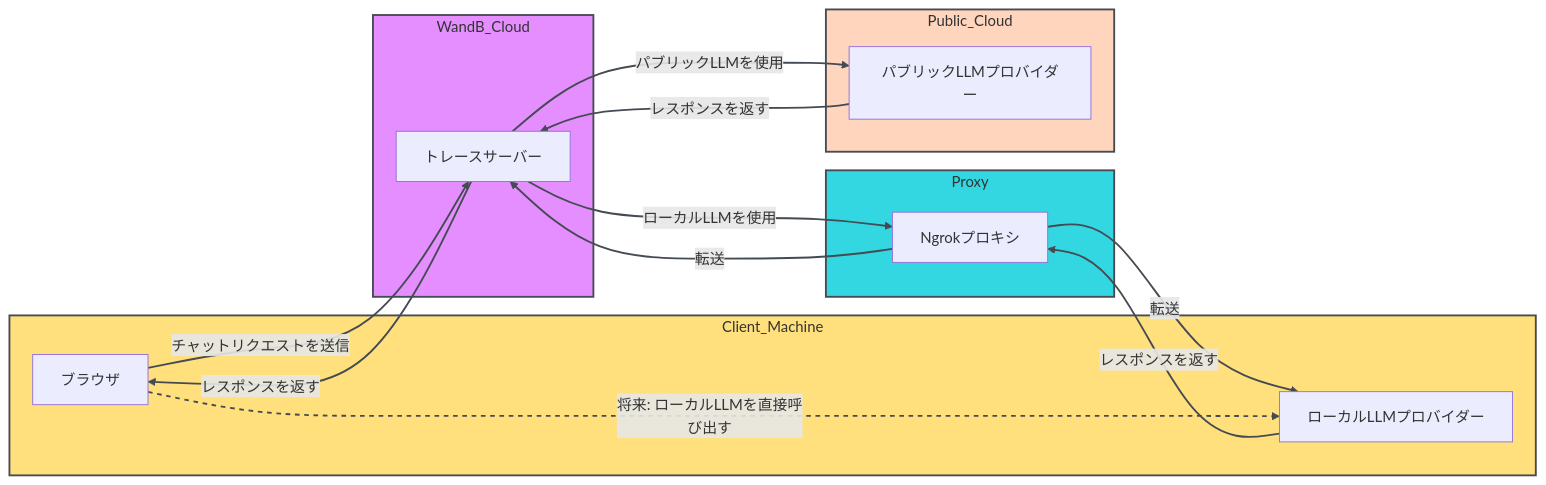
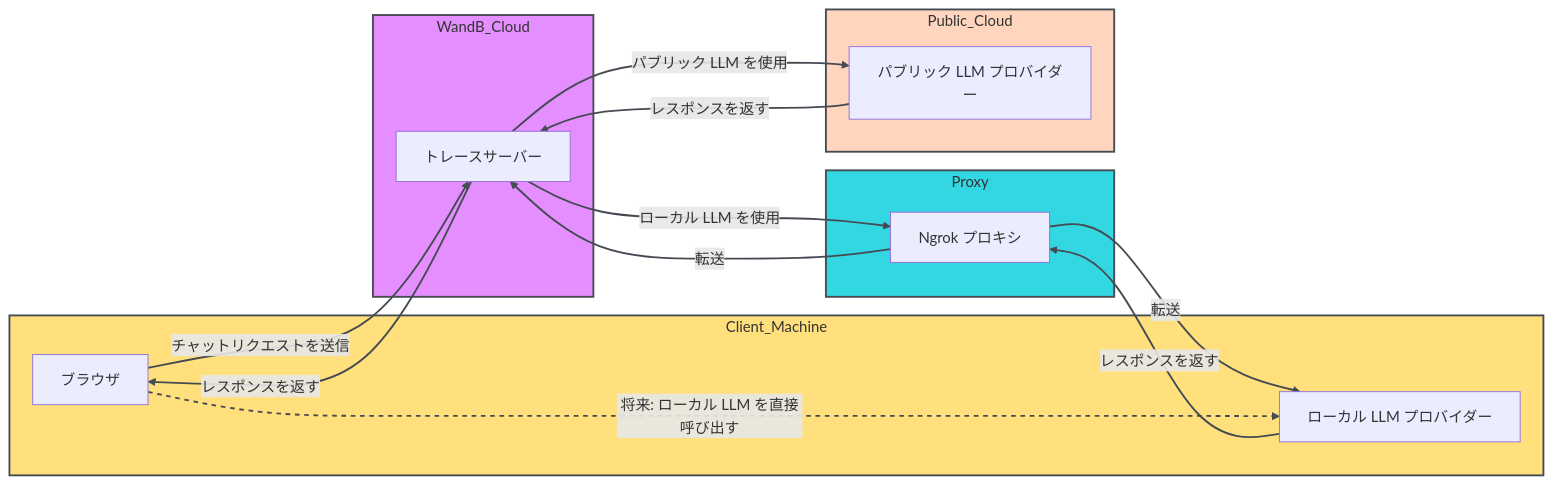
One commit to wandb/docs changed the diagram in ja/weave/guides/tools/playground.mdx. Above: the diagram before and after it, drawn with Mermaid. The commit also changed other lines of this file and 893 other files, not shown here.

````diff
--- a/ja/weave/guides/tools/playground.mdx
+++ b/ja/weave/guides/tools/playground.mdx
@@ -277,49 +277,49 @@
 ```mermaid
 flowchart LR
     %% スタイル定義
     classDef clientMachine fill:#FFD95CCC,stroke:#454B52,stroke-width:2px
     classDef proxy fill:#00CDDBCC,stroke:#454B52,stroke-width:2px
     classDef wandbCloud fill:#DE72FFCC,stroke:#454B52,stroke-width:2px
     classDef publicCloud fill:#FFCBADCC,stroke:#454B52,stroke-width:2px
 
     %% サブグラフ
     subgraph Client_Machine
         browser[ブラウザ]
-        llm_local[ローカルLLMプロバイダー]
+        llm_local[ローカル LLM プロバイダー]
     end
 
     subgraph Proxy
-        ngrok[Ngrokプロキシ]
+        ngrok[Ngrok プロキシ]
     end
 
     subgraph WandB_Cloud
         trace_server[トレースサーバー]
     end
 
     subgraph Public_Cloud
-        llm_cloud[パブリックLLMプロバイダー]
+        llm_cloud[パブリック LLM プロバイダー]
     end
 
     %% サブグラフにスタイルを適用
     class Client_Machine clientMachine
     class Proxy proxy
     class WandB_Cloud wandbCloud
     class Public_Cloud publicCloud
 
     %% 現在のデータフロー
     browser -->|チャットリクエストを送信| trace_server
-    trace_server -->|パブリックLLMを使用| llm_cloud
-    trace_server -->|ローカルLLMを使用| ngrok
+    trace_server -->|パブリック LLM を使用| llm_cloud
+    trace_server -->|ローカル LLM を使用| ngrok
     ngrok -->|転送| llm_local
     llm_cloud -->|レスポンスを返す| trace_server
     llm_local -->|レスポンスを返す| ngrok
     ngrok -->|転送| trace_server
     trace_server -->|レスポンスを返す| browser
 
-    %% 将来的に可能な接続
-    browser -.->|将来: ローカルLLMを直接呼び出す| llm_local
+    %% 将来的な接続の可能性
+    browser -.->|将来: ローカル LLM を直接呼び出す| llm_local
 
     %% リンクスタイル
     linkStyle default stroke:#454B52,stroke-width:2px
     linkStyle 8 stroke:#454B52,stroke-width:2px,stroke-dasharray:5
 ```
````
